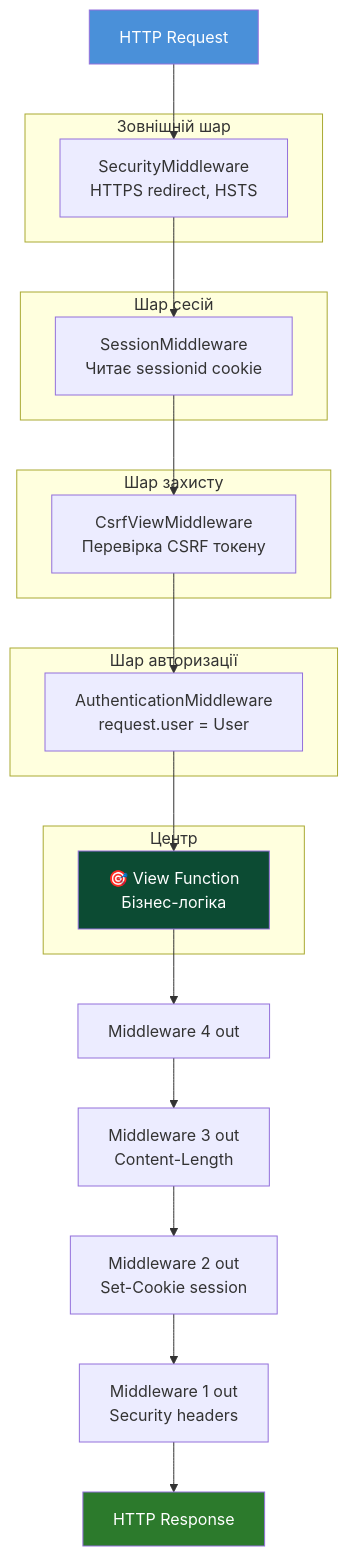
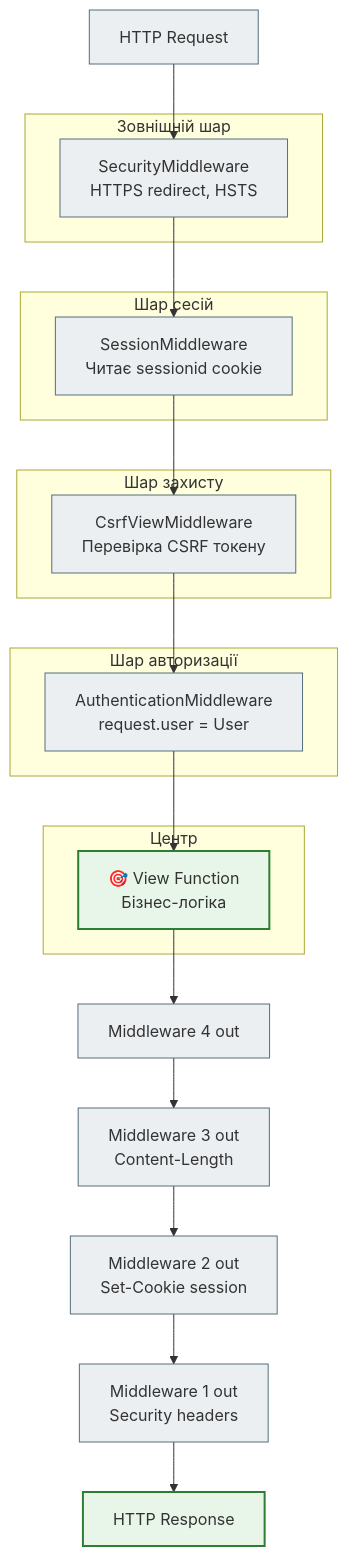
Before and after one commit to NikoriakViktot/notes_chat_app: the fourth of 19 diagrams in docs/02_django_core/django_mermaid_full.md, drawn with Mermaid. The commit also changed other lines of this file and 441 other files, not shown here.

First line of the commit message:
Add English version of the book, Mermaid standard, docs fixes

````diff
--- a/docs/02_django_core/django_mermaid_full.md
+++ b/docs/02_django_core/django_mermaid_full.md
@@ -91,31 +95,32 @@
 ```mermaid
 graph TD
     subgraph Зовнішній шар
-        S1[SecurityMiddleware\nHTTPS redirect, HSTS]
+        S1["SecurityMiddleware<br>HTTPS redirect, HSTS"]
     end
     subgraph Шар сесій
-        S2[SessionMiddleware\nЧитає sessionid cookie]
+        S2["SessionMiddleware<br>Читає sessionid cookie"]
     end
     subgraph Шар захисту
-        S3[CsrfViewMiddleware\nПеревірка CSRF токену]
+        S3["CsrfViewMiddleware<br>Перевірка CSRF токену"]
     end
     subgraph Шар авторизації
-        S4[AuthenticationMiddleware\nrequest.user = User]
+        S4["AuthenticationMiddleware<br>request.user = User"]
     end
     subgraph Центр
-        View[🎯 View Function\nБізнес-логіка]
+        View["🎯 View Function<br>Бізнес-логіка"]
     end
 
     Request[HTTP Request] --> S1
     S1 --> S2 --> S3 --> S4 --> View
 
     View --> S4_out[Middleware 4 out]
-    S4_out --> S3_out[Middleware 3 out\nContent-Length]
-    S3_out --> S2_out[Middleware 2 out\nSet-Cookie session]
-    S2_out --> S1_out[Middleware 1 out\nSecurity headers]
+    S4_out --> S3_out["Middleware 3 out<br>Content-Length"]
+    S3_out --> S2_out["Middleware 2 out<br>Set-Cookie session"]
+    S2_out --> S1_out["Middleware 1 out<br>Security headers"]
     S1_out --> Response[HTTP Response]
 
-    style View fill:#0C4B33,color:#fff
-    style Request fill:#4A90D9,color:#fff
-    style Response fill:#2C7A2C,color:#fff
+    classDef step     fill:#eceff1,stroke:#546e7a,stroke-width:1px;
+    classDef success  fill:#e8f5e9,stroke:#2e7d32,stroke-width:2px;
+    class Request,S1,S2,S3,S4,S4_out,S3_out,S2_out,S1_out step;
+    class View,Response success;
 ```
````
